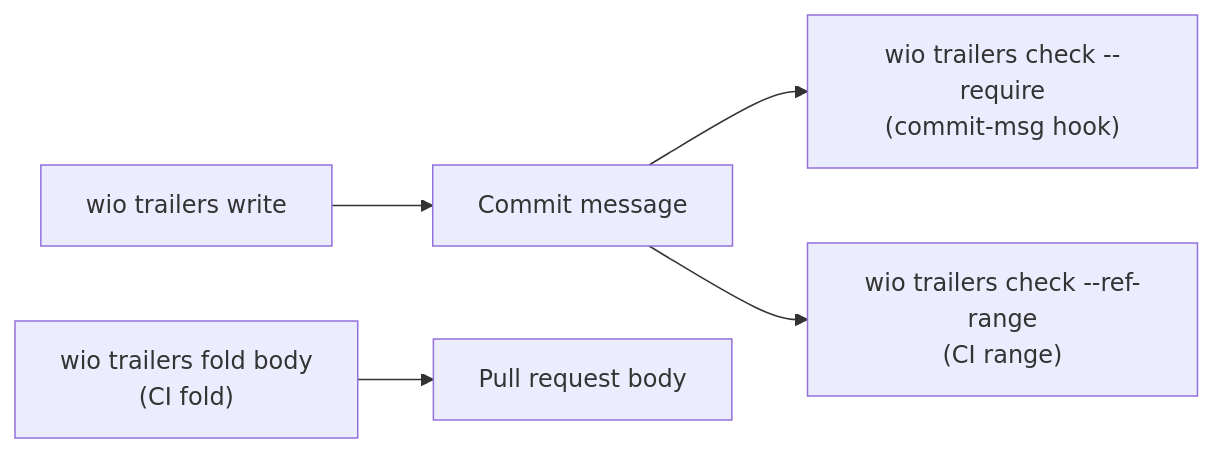
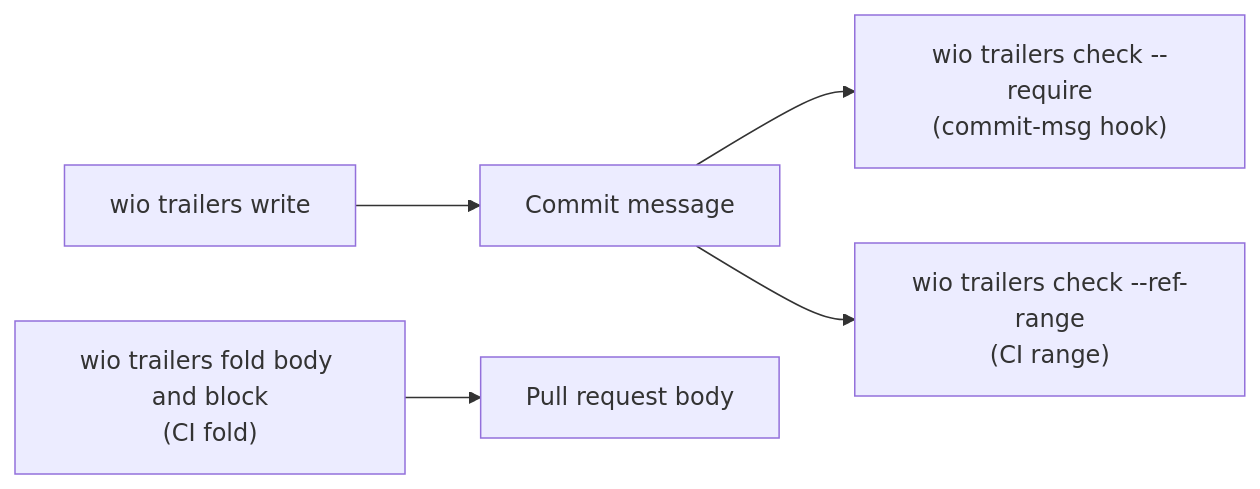
Before and after one commit to msitarz/wio: the second of 2 diagrams in .agents/wio/works/wio-trailers/README.md, drawn with Mermaid. The commit also changed other lines of this file and 1 other file, not shown here.

First line of the commit message:
docs(trailers): keep the wio trailers parent at system level

````diff
--- a/.agents/wio/works/wio-trailers/README.md
+++ b/.agents/wio/works/wio-trailers/README.md
@@ -95,7 +110,7 @@
 ```mermaid
 flowchart LR
   A["wio trailers write"] --> B[Commit message]
   B --> C["wio trailers check --require\n(commit-msg hook)"]
   B --> D["wio trailers check --ref-range\n(CI range)"]
-  E["wio trailers fold body\n(CI fold)"] --> F[Pull request body]
+  E["wio trailers fold body and block\n(CI fold)"] --> F[Pull request body]
 ```
````
